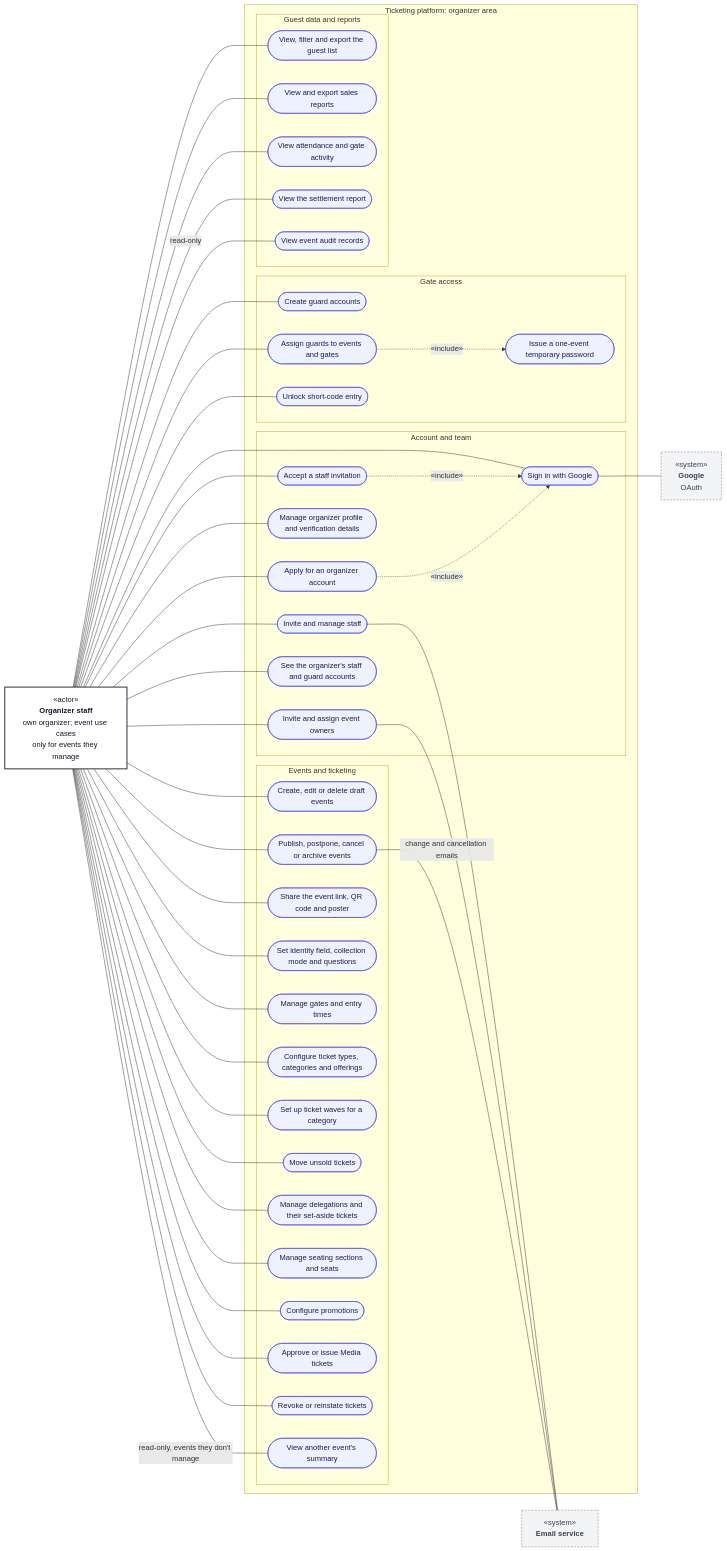
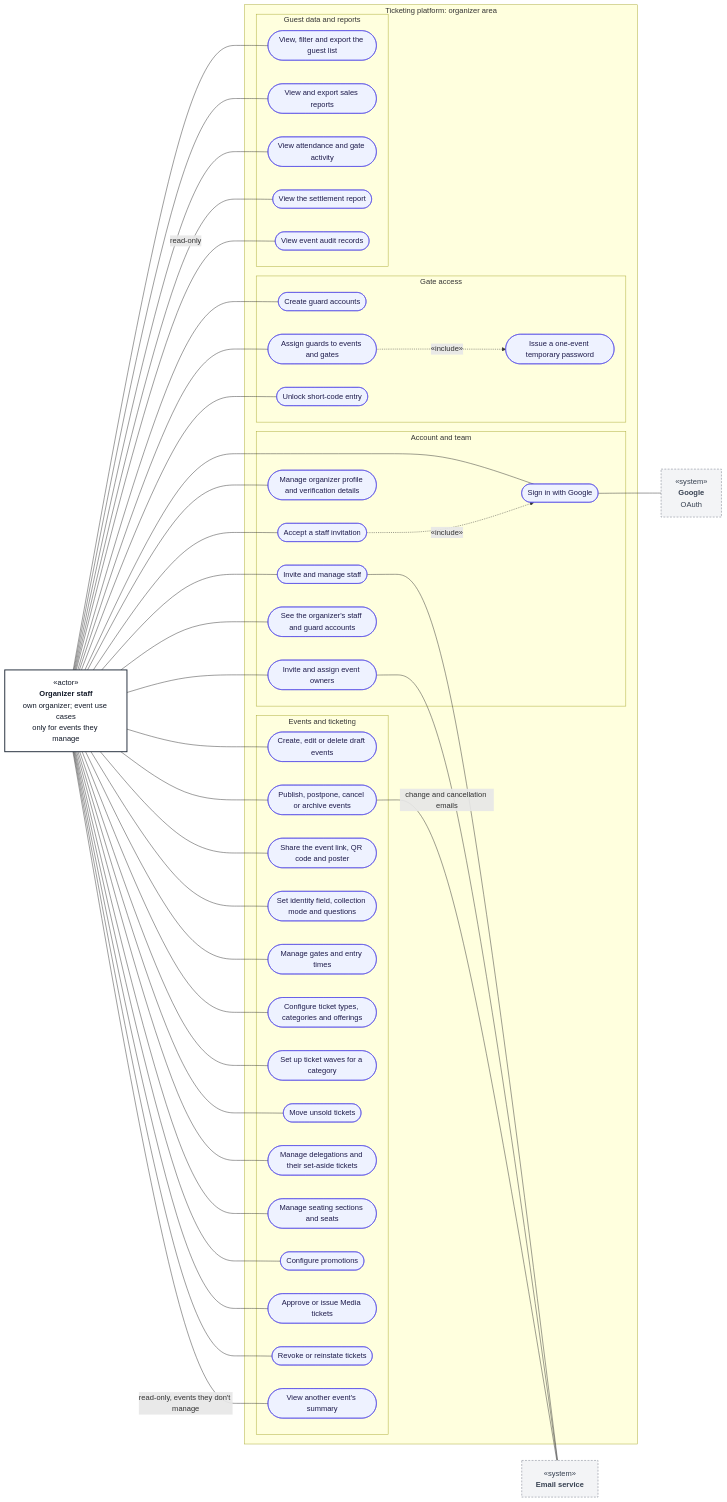
Before and after one commit to kreativesahara/ticket: the diagram in doc/diagrams/use-cases/02-organizer-staff.mmd, drawn with Mermaid. The commit also changed 14 other files, not shown here.

Commit message:
add use case diagrams, role privileges documentation, and update project specifications for organizer staff and platform admin workflows

```diff
--- a/doc/diagrams/use-cases/02-organizer-staff.mmd
+++ b/doc/diagrams/use-cases/02-organizer-staff.mmd
@@ -1,89 +1,86 @@
 flowchart LR
     classDef actor fill:#ffffff,stroke:#1f2937,stroke-width:2px,color:#111827
     classDef external fill:#f3f4f6,stroke:#6b7280,stroke-width:1px,stroke-dasharray:4 3,color:#374151
     classDef usecase fill:#eef2ff,stroke:#4f46e5,stroke-width:1px,color:#1e1b4b
 
     Staff["«actor»<br/><b>Organizer staff</b><br/>own organizer; event use cases<br/>only for events they manage"]:::actor
 
     subgraph SYS["Ticketing platform: organizer area"]
         subgraph P1["Account and team"]
             S1(["Sign in with Google"]):::usecase
             S2(["Accept a staff invitation"]):::usecase
-            S3(["Apply for an organizer account"]):::usecase
             S4(["Manage organizer profile and verification details"]):::usecase
             S5(["Invite and manage staff"]):::usecase
             S6(["Invite and assign event owners"]):::usecase
             S7(["See the organizer's staff and guard accounts"]):::usecase
         end
         subgraph P2["Events and ticketing"]
             E1(["Create, edit or delete draft events"]):::usecase
             E2(["Publish, postpone, cancel or archive events"]):::usecase
             E11(["Share the event link, QR code and poster"]):::usecase
             E3(["Set identity field, collection mode and questions"]):::usecase
             E4(["Manage gates and entry times"]):::usecase
             E5(["Configure ticket types, categories and offerings"]):::usecase
             E12(["Set up ticket waves for a category"]):::usecase
             E13(["Move unsold tickets"]):::usecase
             E6(["Manage delegations and their set-aside tickets"]):::usecase
             E7(["Manage seating sections and seats"]):::usecase
             E8(["Configure promotions"]):::usecase
             E9(["Approve or issue Media tickets"]):::usecase
             E10(["Revoke or reinstate tickets"]):::usecase
             E14(["View another event's summary"]):::usecase
         end
         subgraph P3["Gate access"]
             G1(["Create guard accounts"]):::usecase
             G2(["Assign guards to events and gates"]):::usecase
             G3(["Issue a one-event temporary password"]):::usecase
             G4(["Unlock short-code entry"]):::usecase
         end
         subgraph P4["Guest data and reports"]
             R1(["View, filter and export the guest list"]):::usecase
             R2(["View and export sales reports"]):::usecase
             R3(["View attendance and gate activity"]):::usecase
             R4(["View the settlement report"]):::usecase
             R5(["View event audit records"]):::usecase
         end
     end
 
     Google["«system»<br/><b>Google</b><br/>OAuth"]:::external
     Email["«system»<br/><b>Email service</b>"]:::external
 
     Staff --- S1
     Staff --- S2
-    Staff --- S3
     Staff --- S4
     Staff --- S5
     Staff --- S6
     Staff --- S7
     Staff --- E1
     Staff --- E2
     Staff --- E11
     Staff --- E3
     Staff --- E4
     Staff --- E5
     Staff --- E12
     Staff --- E13
     Staff --- E6
     Staff --- E7
     Staff --- E8
     Staff --- E9
     Staff --- E10
     Staff ---|"read-only, events they don't manage"| E14
     Staff --- G1
     Staff --- G2
     Staff --- G4
     Staff --- R1
     Staff --- R2
     Staff --- R3
     Staff --- R4
     Staff ---|"read-only"| R5
 
     S2 -.->|"«include»"| S1
-    S3 -.->|"«include»"| S1
     G2 -.->|"«include»"| G3
 
     S1 --- Google
     S5 --- Email
     S6 --- Email
     E2 ---|"change and cancellation emails"| Email
```
